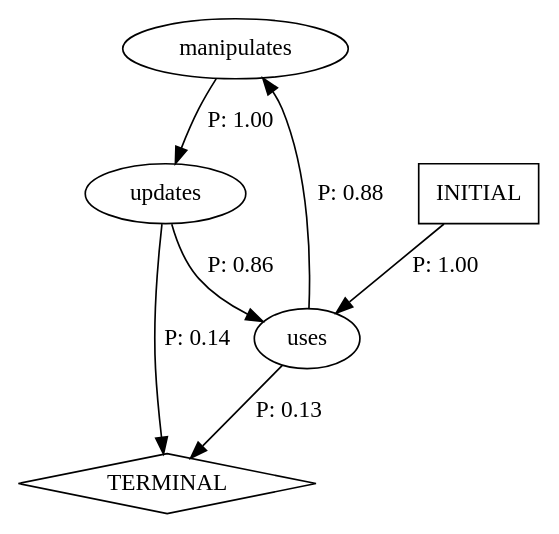
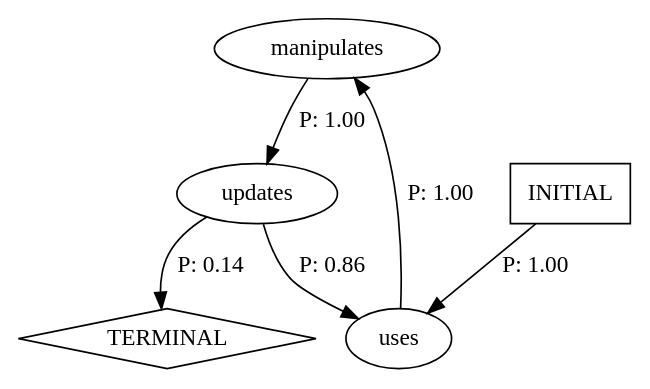
The diagram in tictactoe-v01/rowGameApp-arch.dot (SeanHung06/cs520), drawn with Graphviz before and after one commit. The commit also changed 54 other files, not shown here.

```diff
--- a/tictactoe-v01/rowGameApp-arch.dot
+++ b/tictactoe-v01/rowGameApp-arch.dot
@@ -1,13 +1,12 @@
 digraph G {
   0 [label="manipulates"];
   1 [label="updates"];
   2 [label="uses"];
   3 [label="TERMINAL",shape=diamond];
   4 [label="INITIAL",shape=box];
 0->1 [label="P: 1.00"];
 1->2 [label="P: 0.86"];
 1->3 [label="P: 0.14"];
-2->0 [label="P: 0.88"];
-2->3 [label="P: 0.13"];
+2->0 [label="P: 1.00"];
 4->2 [label="P: 1.00"];
 }
```
